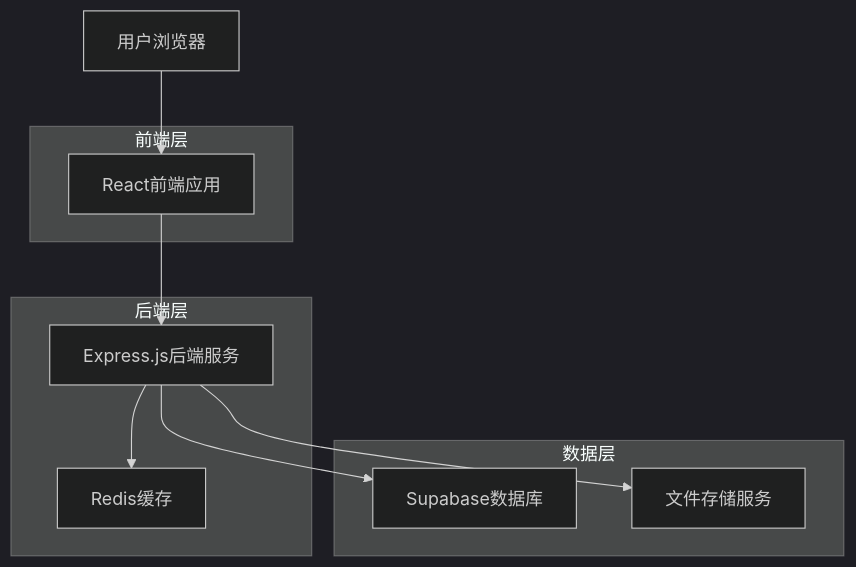
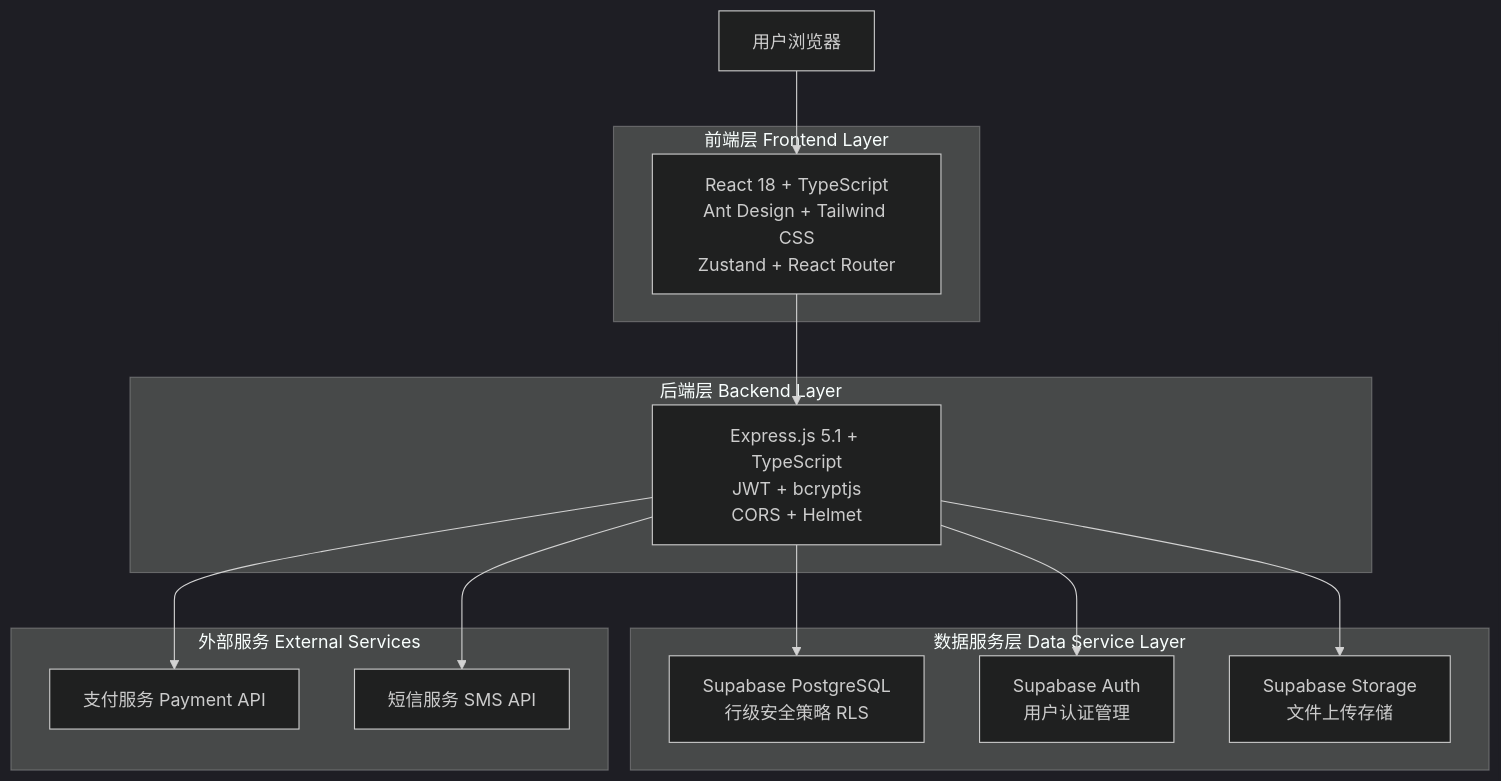
Before and after one commit to JackWPP/XGX_Flash_Fix: the first of 3 diagrams in docs/技术架构文档.md, drawn with Mermaid (dark theme). The commit also changed other lines of this file and 2 other files, not shown here.

````diff
--- a/docs/技术架构文档.md
+++ b/docs/技术架构文档.md
@@ -5,22 +5,30 @@
 ```mermaid
-graph TD
-    A[用户浏览器] --> B[React前端应用]
-    B --> C[Express.js后端服务]
-    C --> D[Supabase数据库]
-    C --> E[文件存储服务]
-    C --> F[Redis缓存]
-    
-    subgraph "前端层"
-        B
+  graph TD
+    A[用户浏览器] --> B[React 前端应用]
+    B --> C[Express.js 后端服务]
+    C --> D[Supabase 数据库]
+    C --> E[Supabase Auth 认证服务]
+    C --> F[Supabase Storage 文件存储]
+
+    subgraph "前端层 Frontend Layer"
+        B["React 18 + TypeScript<br/>Ant Design + Tailwind CSS<br/>Zustand + React Router"]
     end
-    
-    subgraph "后端层"
-        C
-        F
+
+    subgraph "后端层 Backend Layer"
+        C["Express.js 5.1 + TypeScript<br/>JWT + bcryptjs<br/>CORS + Helmet"]
     end
-    
-    subgraph "数据层"
-        D
-        E
+
+    subgraph "数据服务层 Data Service Layer"
+        D["Supabase PostgreSQL<br/>行级安全策略 RLS"]
+        E["Supabase Auth<br/>用户认证管理"]
+        F["Supabase Storage<br/>文件上传存储"]
     end
+
+    subgraph "外部服务 External Services"
+        G["支付服务 Payment API"]
+        H["短信服务 SMS API"]
+    end
+
+    C --> G
+    C --> H
 ```
````
